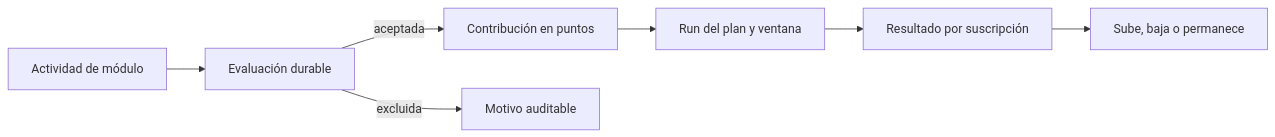
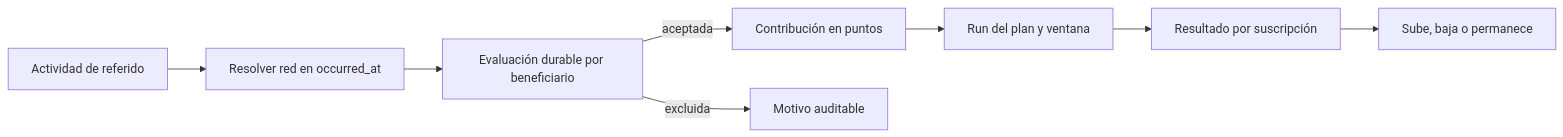
The second of 3 diagrams in docs/bds/progression.bds.md (MMTech-Solutions/ib-service), drawn with Mermaid before and after one commit. The commit also changed other lines of this file and 13 other files, not shown here.

Commit message:
docs(ib): document progression and rewards roadmap

````diff
--- a/docs/bds/progression.bds.md
+++ b/docs/bds/progression.bds.md
@@ -51,9 +55,10 @@
 ```mermaid
 flowchart LR
-    A[Actividad de módulo] --> B[Evaluación durable]
-    B -->|aceptada| C[Contribución en puntos]
-    B -->|excluida| D[Motivo auditable]
-    C --> E[Run del plan y ventana]
-    E --> F[Resultado por suscripción]
-    F --> G[Sube, baja o permanece]
+    A[Actividad de referido] --> B[Resolver red en occurred_at]
+    B --> C[Evaluación durable por beneficiario]
+    C -->|aceptada| D[Contribución en puntos]
+    C -->|excluida| E[Motivo auditable]
+    D --> F[Run del plan y ventana]
+    F --> G[Resultado por suscripción]
+    G --> H[Sube, baja o permanece]
 ```
````
